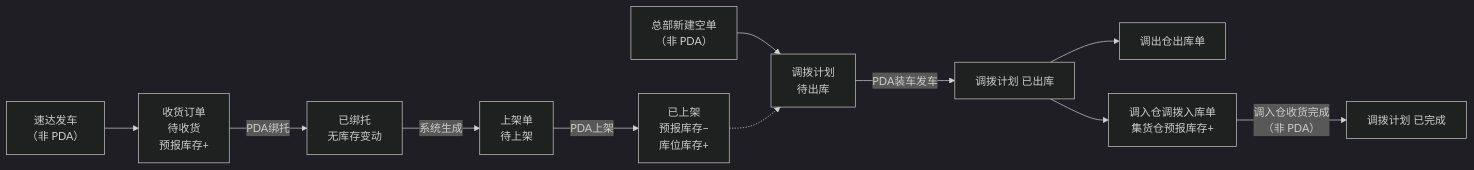
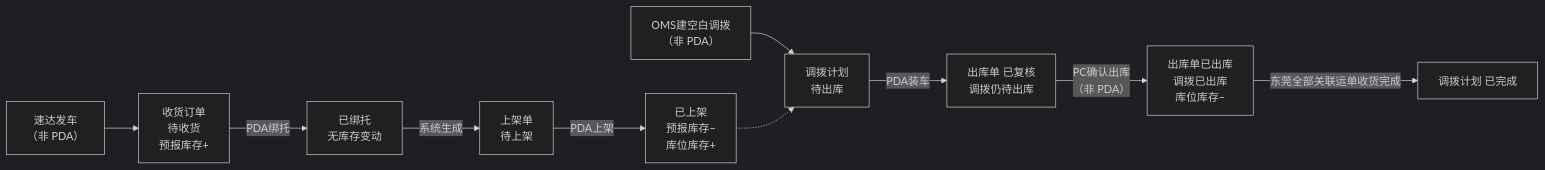
The first of 4 diagrams in prd-docs/01-加盟商揽收仓需求/03-02-加盟商揽收仓PDA主PRD.md (Tiana-1720/wms-inbound-demo), drawn with Mermaid (dark theme) before and after one commit. The commit also changed other lines of this file and 48 other files, not shown here.

First line of the commit message:
Align franchise WMS PRDs with load-and-outbound flow and OMS口径.

````diff
--- a/prd-docs/01-加盟商揽收仓需求/03-02-加盟商揽收仓PDA主PRD.md
+++ b/prd-docs/01-加盟商揽收仓需求/03-02-加盟商揽收仓PDA主PRD.md
@@ -89,13 +89,12 @@
 ```mermaid
 flowchart LR
     A["速达发车<br/>（非 PDA）"] --> B["收货订单<br/>待收货<br/>预报库存+"]
     B -->|"PDA绑托"| C["已绑托<br/>无库存变动"]
     C -->|"系统生成"| C1["上架单<br/>待上架"]
     C1 -->|"PDA上架"| D["已上架<br/>预报库存−<br/>库位库存+"]
-    E["总部新建空单<br/>（非 PDA）"] --> F["调拨计划<br/>待出库"]
+    E["OMS建空白调拨<br/>（非 PDA）"] --> F["调拨计划<br/>待出库"]
     D -.-> F
-    F -->|"PDA装车发车"| G["调拨计划 已出库"]
-    G --> H["调出仓出库单"]
-    G --> I["调入仓调拨入库单<br/>集货仓预报库存+"]
-    I -->|"调入仓收货完成<br/>（非 PDA）"| J["调拨计划 已完成"]
+    F -->|"PDA装车"| G["出库单 已复核<br/>调拨仍待出库"]
+    G -->|"PC确认出库<br/>（非 PDA）"| H["出库单已出库<br/>调拨已出库<br/>库位库存−"]
+    H -->|"东莞全部关联运单收货完成"| J["调拨计划 已完成"]
 ```
````
